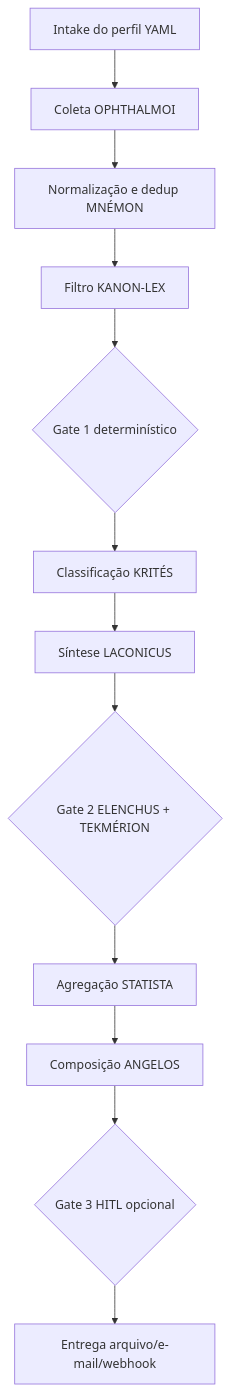
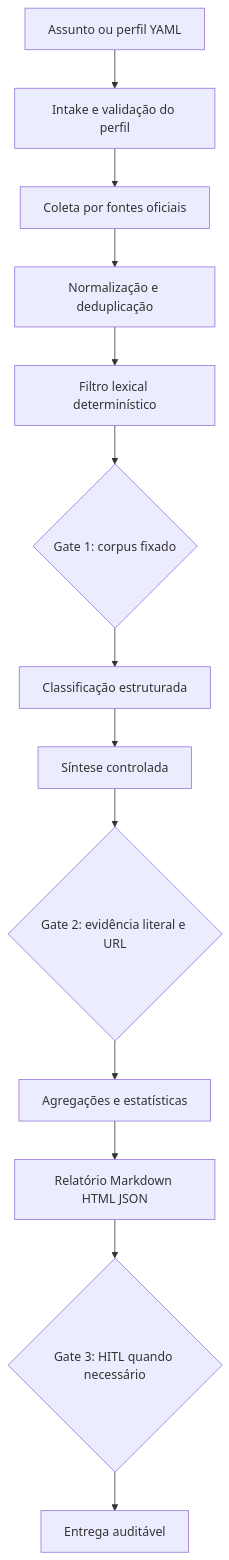
One commit to marciobisognin/Squads-Genius changed the diagram in squads/instituto-federal-farroupilha-iffar/argos-squad/README.md. Above: the diagram before and after it, drawn with Mermaid. The commit also changed other lines of this file, not shown here.

````diff
--- a/squads/instituto-federal-farroupilha-iffar/argos-squad/README.md
+++ b/squads/instituto-federal-farroupilha-iffar/argos-squad/README.md
@@ -51,14 +63,15 @@
 ```mermaid
 flowchart TD
-  A[Intake do perfil YAML] --> B[Coleta OPHTHALMOI]
-  B --> C[Normalização e dedup MNÉMON]
-  C --> D[Filtro KANON-LEX]
-  D --> E{Gate 1 determinístico}
-  E --> F[Classificação KRITÉS]
-  F --> G[Síntese LACONICUS]
-  G --> H{Gate 2 ELENCHUS + TEKMÉRION}
-  H --> I[Agregação STATISTA]
-  I --> J[Composição ANGELOS]
-  J --> K{Gate 3 HITL opcional}
-  K --> L[Entrega arquivo/e-mail/webhook]
+  A[Assunto ou perfil YAML] --> B[Intake e validação do perfil]
+  B --> C[Coleta por fontes oficiais]
+  C --> D[Normalização e deduplicação]
+  D --> E[Filtro lexical determinístico]
+  E --> F{Gate 1: corpus fixado}
+  F --> G[Classificação estruturada]
+  G --> H[Síntese controlada]
+  H --> I{Gate 2: evidência literal e URL}
+  I --> J[Agregações e estatísticas]
+  J --> K[Relatório Markdown HTML JSON]
+  K --> L{Gate 3: HITL quando necessário}
+  L --> M[Entrega auditável]
 ```
````
